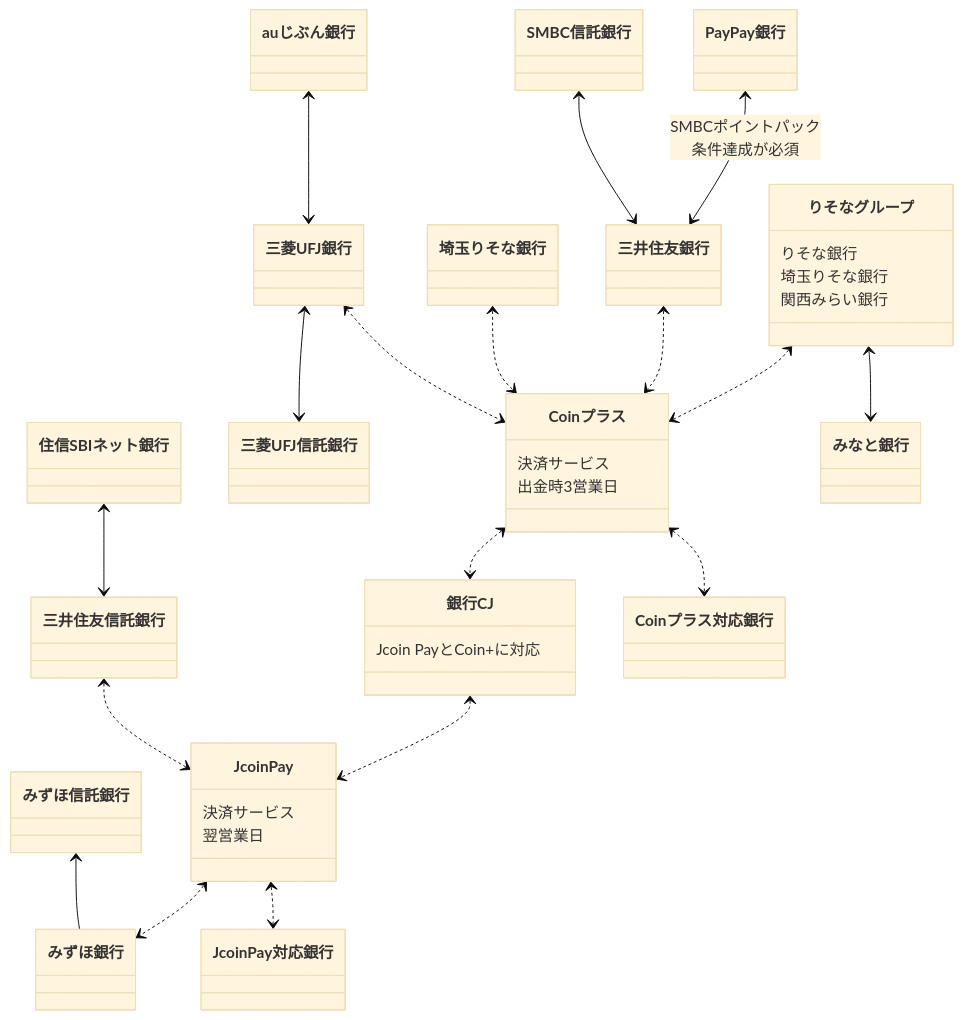
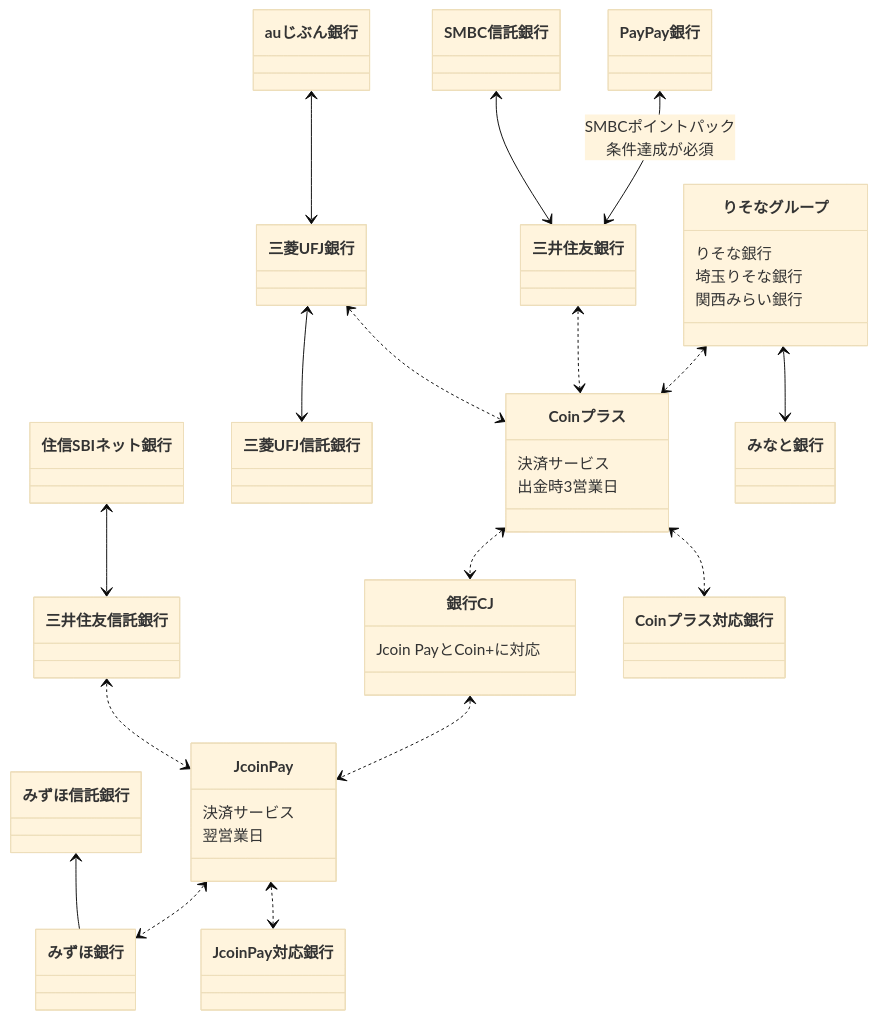
Before and after one commit to mkaraki/finance-blog: the diagram in content/posts/20220729-free-fee-transfer.md, drawn with Mermaid (base theme).

Commit message:
Fix some content

````diff
--- a/content/posts/20220729-free-fee-transfer.md
+++ b/content/posts/20220729-free-fee-transfer.md
@@ -22,46 +22,45 @@
 ```mermaid
 classDiagram
   class Coinプラス {
     決済サービス
     出金時3営業日
   }
   class Jcoin Pay {
     決済サービス
     翌営業日
   }
 
   auじぶん銀行<-->三菱UFJ銀行
   三菱UFJ銀行<-->三菱UFJ信託銀行
 
   SMBC信託銀行<-->三井住友銀行
   PayPay銀行<-->三井住友銀行 : SMBCポイントパック<br/>条件達成が必須
 
   住信SBIネット銀行<-->三井住友信託銀行
 
   三菱UFJ銀行<..>Coinプラス
-  埼玉りそな銀行<..>Coinプラス
   三井住友銀行<..>Coinプラス
   Coinプラス<..>銀行CJ
   Coinプラス<..>Coinプラス対応銀行
 
   りそなグループ<..>Coinプラス
 
   class りそなグループ {
     りそな銀行
     埼玉りそな銀行
     関西みらい銀行
   }
   りそなグループ<-->みなと銀行
 
   class 銀行CJ {
     Jcoin PayとCoin+に対応
   }
 
   三井住友信託銀行<..>Jcoin Pay
   銀行CJ<..>Jcoin Pay
 
   みずほ信託銀行<--みずほ銀行
 
   Jcoin Pay<..>みずほ銀行
   Jcoin Pay<..>Jcoin Pay対応銀行
 ```
````
